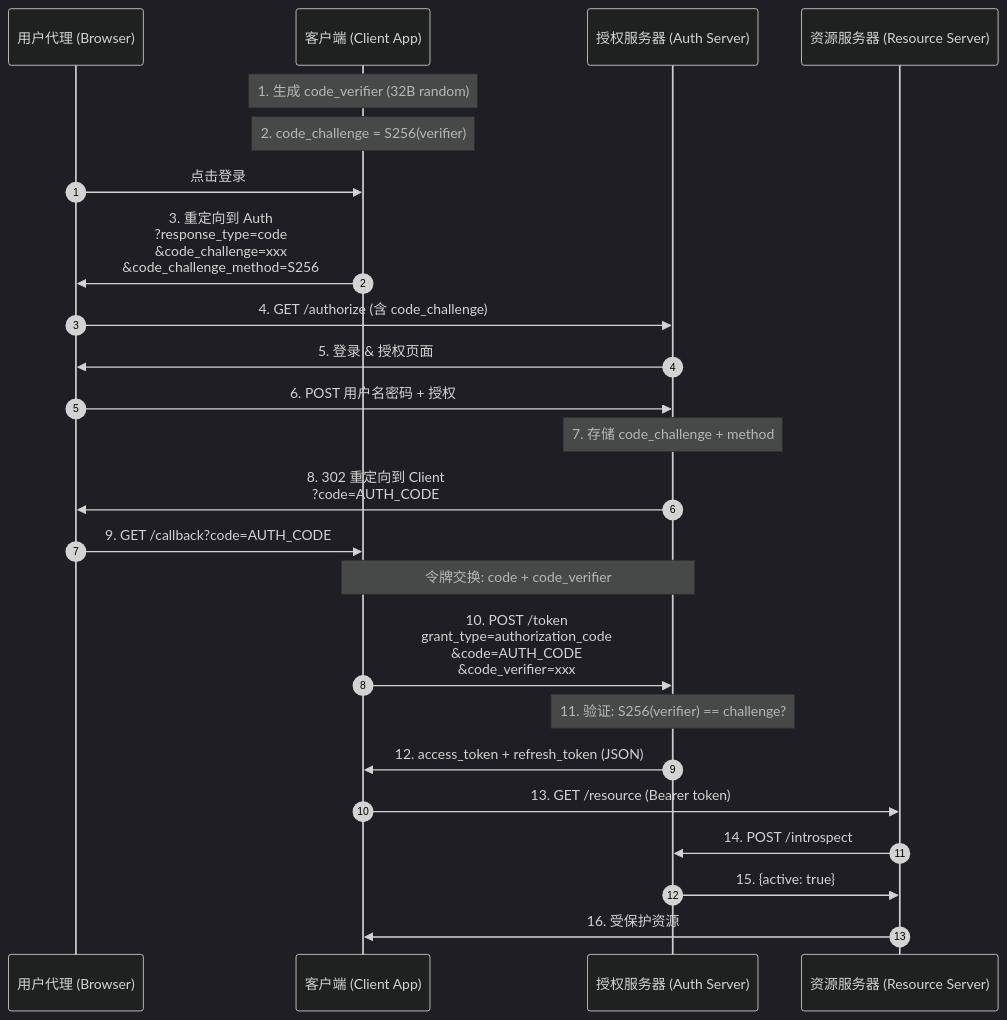
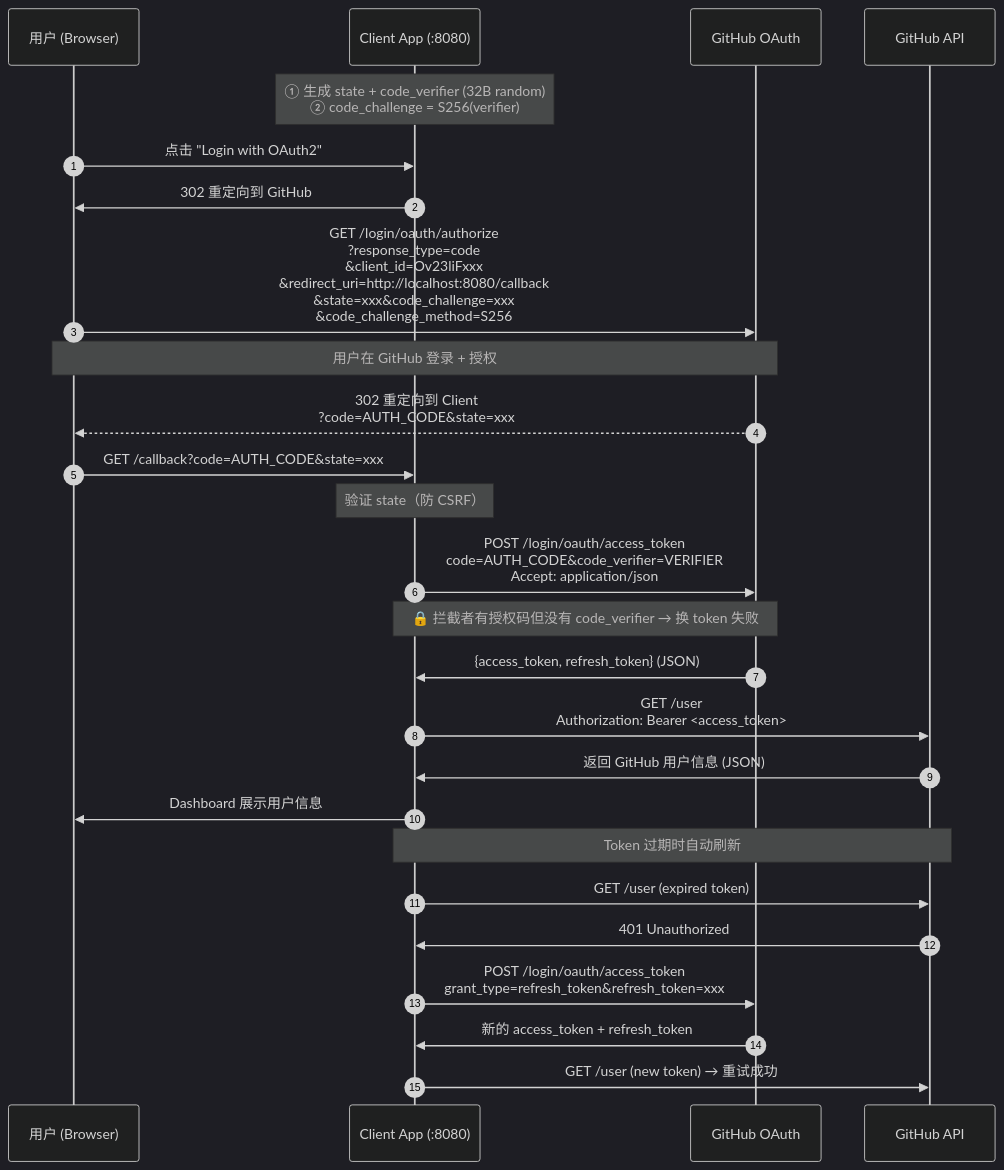
One commit to HulnotHutu/oauth2-study changed the diagram in cmd/Authorization-Code-PKCE-github/status.md. Above: the diagram before and after it, drawn with Mermaid (dark theme). The commit also changed other lines of this file and 1 other file, not shown here.

````diff
--- a/cmd/Authorization-Code-PKCE-github/status.md
+++ b/cmd/Authorization-Code-PKCE-github/status.md
@@ -21,33 +33,34 @@
 ```mermaid
 sequenceDiagram
     autonumber
-    participant Browser as 用户代理 (Browser)
-    participant Client as 客户端 (Client App)
-    participant Auth as 授权服务器 (Auth Server)
-    participant Resource as 资源服务器 (Resource Server)
+    participant User as 用户 (Browser)
+    participant Client as Client App (:8080)
+    participant GitHub as GitHub OAuth
+    participant API as GitHub API
 
-    Note over Client: 1. 生成 code_verifier (32B random)
-    Note over Client: 2. code_challenge = S256(verifier)
-    
-    Browser->>Client: 点击登录
-    Client->>Browser: 3. 重定向到 Auth<br/>?response_type=code<br/>&code_challenge=xxx<br/>&code_challenge_method=S256
-    Browser->>Auth: 4. GET /authorize (含 code_challenge)
-    
-    Auth->>Browser: 5. 登录 & 授权页面
-    Browser->>Auth: 6. POST 用户名密码 + 授权
-    
-    Note over Auth: 7. 存储 code_challenge + method
-    Auth->>Browser: 8. 302 重定向到 Client<br/>?code=AUTH_CODE
-    
-    Browser->>Client: 9. GET /callback?code=AUTH_CODE
+    Note over Client: ① 生成 state + code_verifier (32B random)<br/>② code_challenge = S256(verifier)
 
-    Note over Client, Auth: 令牌交换: code + code_verifier
-    Client->>Auth: 10. POST /token<br/>grant_type=authorization_code<br/>&code=AUTH_CODE<br/>&code_verifier=xxx
-    Note over Auth: 11. 验证: S256(verifier) == challenge?
-    Auth->>Client: 12. access_token + refresh_token (JSON)
+    User->>Client: 点击 "Login with OAuth2"
+    Client->>User: 302 重定向到 GitHub
+    User->>GitHub: GET /login/oauth/authorize<br/>?response_type=code<br/>&client_id=Ov23liFxxx<br/>&redirect_uri=http://localhost:8080/callback<br/>&state=xxx&code_challenge=xxx<br/>&code_challenge_method=S256
 
-    Client->>Resource: 13. GET /resource (Bearer token)
-    Resource->>Auth: 14. POST /introspect
-    Auth->>Resource: 15. {active: true}
-    Resource->>Client: 16. 受保护资源
+    Note over User, GitHub: 用户在 GitHub 登录 + 授权
+    GitHub-->>User: 302 重定向到 Client<br/>?code=AUTH_CODE&state=xxx
+    User->>Client: GET /callback?code=AUTH_CODE&state=xxx
+
+    Note over Client: 验证 state（防 CSRF）
+    Client->>GitHub: POST /login/oauth/access_token<br/>code=AUTH_CODE&code_verifier=VERIFIER<br/>Accept: application/json
+    Note over Client, GitHub: 🔒 拦截者有授权码但没有 code_verifier → 换 token 失败
+    GitHub->>Client: {access_token, refresh_token} (JSON)
+
+    Client->>API: GET /user<br/>Authorization: Bearer <access_token>
+    API->>Client: 返回 GitHub 用户信息 (JSON)
+    Client->>User: Dashboard 展示用户信息
+
+    Note over Client, API: Token 过期时自动刷新
+    Client->>API: GET /user (expired token)
+    API->>Client: 401 Unauthorized
+    Client->>GitHub: POST /login/oauth/access_token<br/>grant_type=refresh_token&refresh_token=xxx
+    GitHub->>Client: 新的 access_token + refresh_token
+    Client->>API: GET /user (new token) → 重试成功
 ```
````
